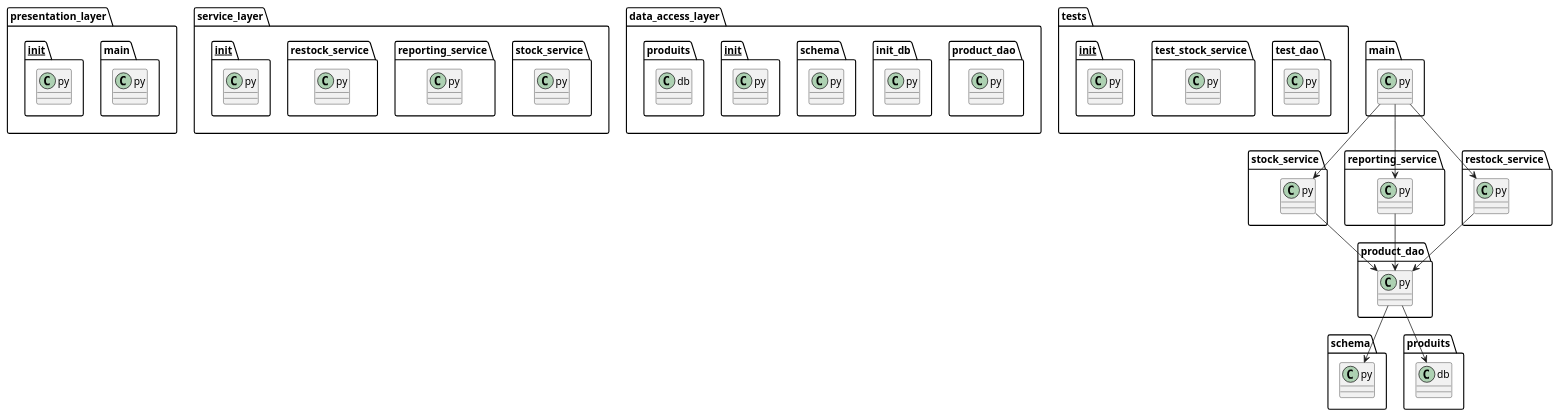
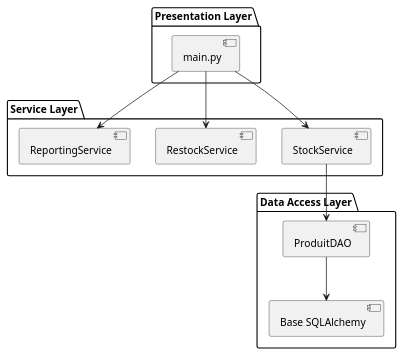
One commit to Ludo67/LOG430-Lab0 changed the diagram in docs/UML/implementation.puml. Above: the diagram before and after it, drawn with PlantUML. The commit also changed 38 other files, not shown here.

```diff
--- a/docs/UML/implementation.puml
+++ b/docs/UML/implementation.puml
@@ -1,36 +1,23 @@
 @startuml implementation
-package "presentation_layer" {
-  class main.py
-  class __init__.py
+package "Service Layer" {
+  [StockService]
+  [RestockService]
+  [ReportingService]
 }
 
-package "service_layer" {
-  class stock_service.py
-  class reporting_service.py
-  class restock_service.py
-  class __init__.py
+package "Data Access Layer" {
+  [ProduitDAO]
+  [Base SQLAlchemy]
 }
 
-package "data_access_layer" {
-  class product_dao.py
-  class init_db.py
-  class schema.py
-  class __init__.py
-  class produits.db
+package "Presentation Layer" {
+  [main.py]
 }
 
-package "tests" {
-  class test_dao.py
-  class test_stock_service.py
-  class __init__.py
-}
+[main.py] --> [StockService]
+[main.py] --> [RestockService]
+[main.py] --> [ReportingService]
+[StockService] --> [ProduitDAO]
+[ProduitDAO] --> [Base SQLAlchemy]
 
-main.py --> stock_service.py
-main.py --> reporting_service.py
-main.py --> restock_service.py
-restock_service.py --> product_dao.py
-stock_service.py --> product_dao.py
-reporting_service.py --> product_dao.py
-product_dao.py --> schema.py
-product_dao.py --> produits.db
 @enduml
```
